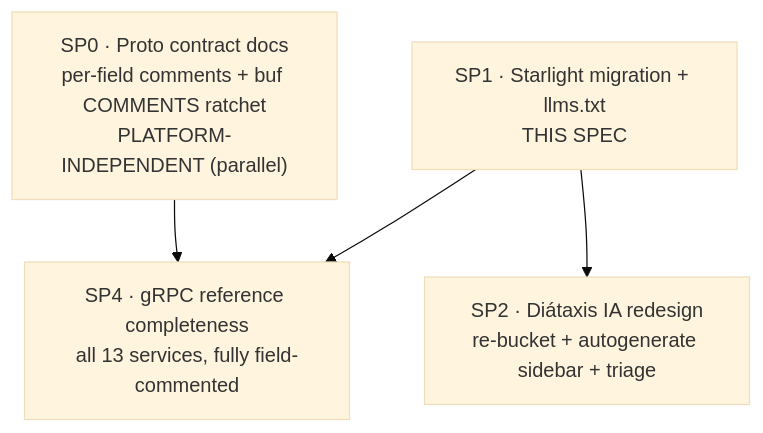
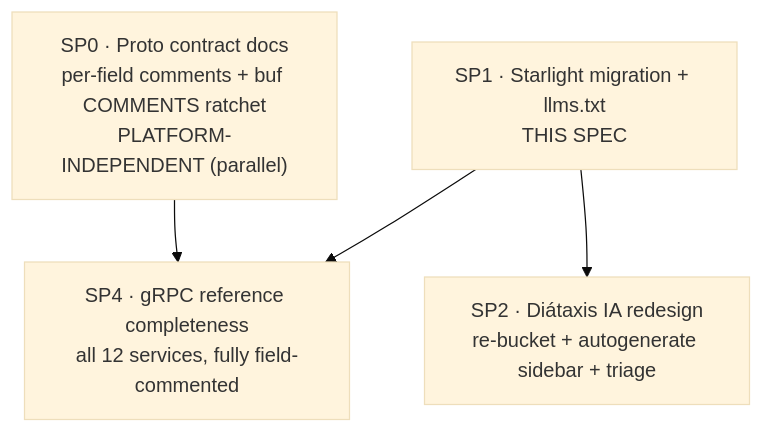
One commit to holomush/holomush changed the first of 2 diagrams in docs/superpowers/specs/2026-05-27-docs-starlight-migration-design.md. Above: the diagram before and after it, drawn with Mermaid (base theme). The commit also changed 7 other files, not shown here.

First line of the commit message:
docs(grpc-api): cover all 12 services via buf-driven generation (holomush-okm59) (#4313)

````diff
--- a/docs/superpowers/specs/2026-05-27-docs-starlight-migration-design.md
+++ b/docs/superpowers/specs/2026-05-27-docs-starlight-migration-design.md
@@ -36,11 +36,11 @@
 ```mermaid
 graph TD
     SP0["SP0 · Proto contract docs<br/>per-field comments + buf COMMENTS ratchet<br/>PLATFORM-INDEPENDENT (parallel)"]
     SP1["SP1 · Starlight migration + llms.txt<br/>THIS SPEC"]
     SP2["SP2 · Diátaxis IA redesign<br/>re-bucket + autogenerate sidebar + triage"]
-    SP4["SP4 · gRPC reference completeness<br/>all 13 services, fully field-commented"]
+    SP4["SP4 · gRPC reference completeness<br/>all 12 services, fully field-commented"]
 
     SP1 --> SP2
     SP0 --> SP4
     SP1 --> SP4
 ```
````
